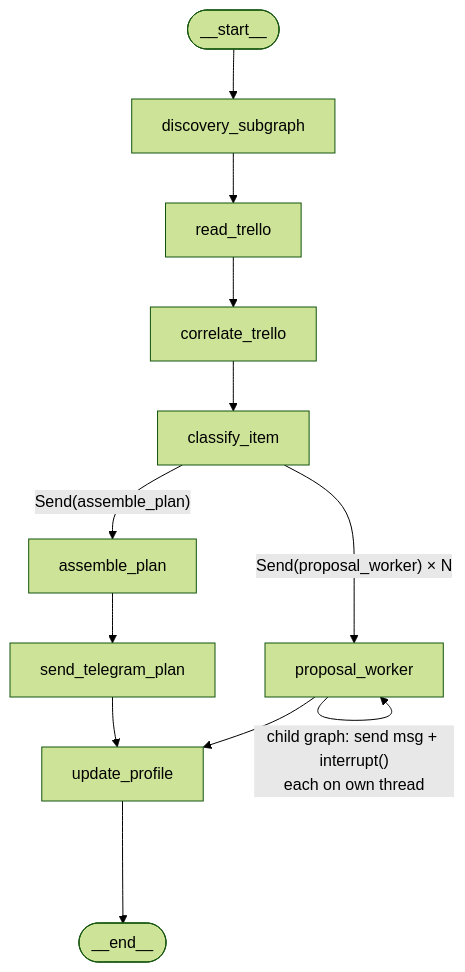
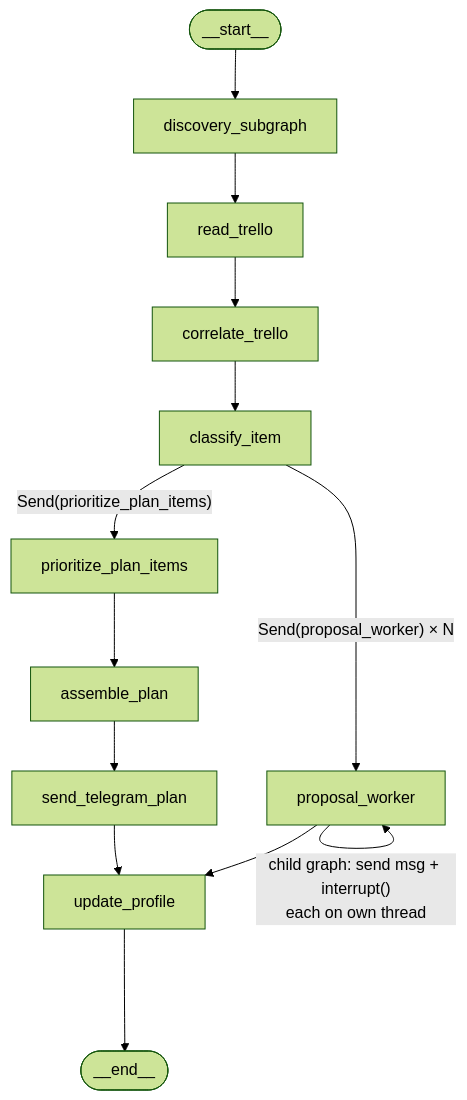
The third of 4 diagrams in docs/WORKFLOW.md (phoenix686/weekly-intel-agent), drawn with Mermaid (forest theme) before and after one commit. The commit also changed other lines of this file and 4 other files, not shown here.

````diff
--- a/docs/WORKFLOW.md
+++ b/docs/WORKFLOW.md
@@ -438,14 +484,15 @@
 ```mermaid
 graph TD
     START(["__start__"]) --> discovery_subgraph
     discovery_subgraph --> read_trello
     read_trello --> correlate_trello
     correlate_trello --> classify_item
-    classify_item -->|"Send(assemble_plan)"| assemble_plan
+    classify_item -->|"Send(prioritize_plan_items)"| prioritize_plan_items
     classify_item -->|"Send(proposal_worker) × N"| proposal_worker
+    prioritize_plan_items --> assemble_plan
     assemble_plan --> send_telegram_plan
     send_telegram_plan --> update_profile
     proposal_worker -->|"child graph: send msg + interrupt()\neach on own thread"| proposal_worker
     proposal_worker --> update_profile
     update_profile --> END(["__end__"])
 ```
````
